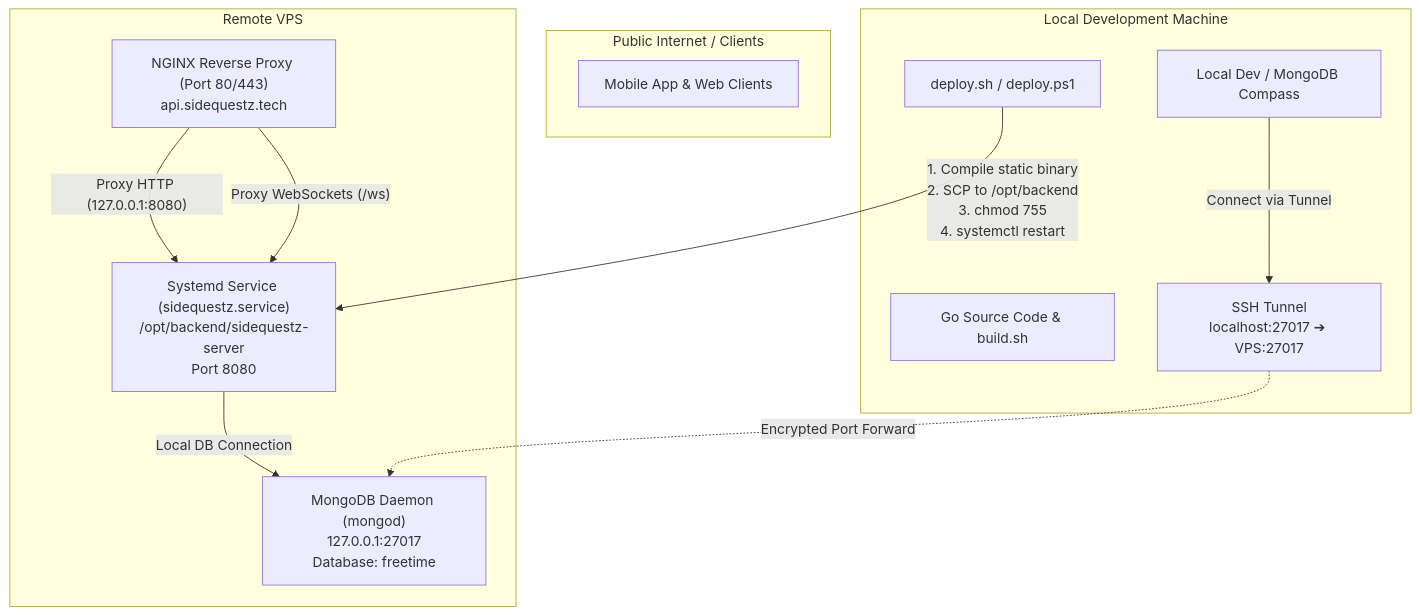
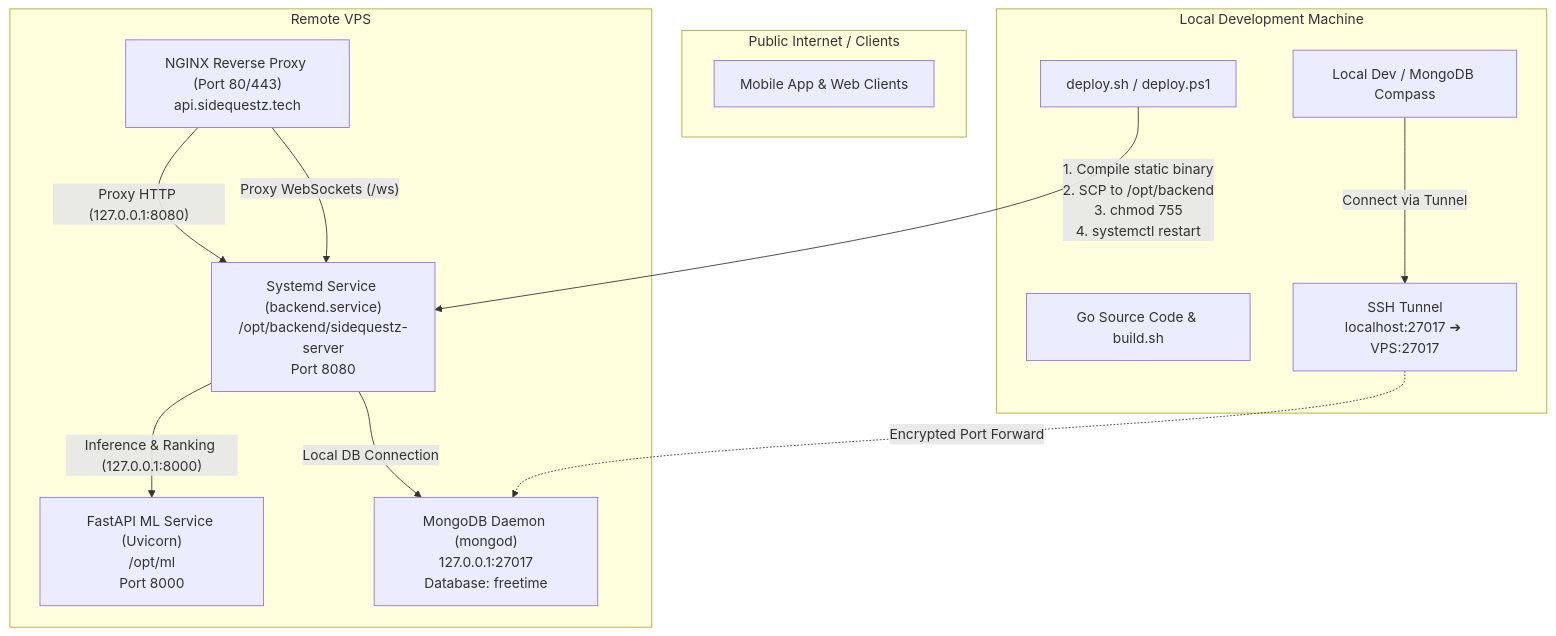
Before and after one commit to karthiksing05/HackGT-13-Proj: the diagram in Backend/INFRASTRUCTURE.md, drawn with Mermaid. The commit also changed other lines of this file and 18 other files, not shown here.

````diff
--- a/Backend/INFRASTRUCTURE.md
+++ b/Backend/INFRASTRUCTURE.md
@@ -9,27 +9,29 @@
 ```mermaid
 flowchart TD
     subgraph Internet ["Public Internet / Clients"]
         ClientApp["Mobile App & Web Clients"]
     end
 
     subgraph VPS ["Remote VPS"]
         Nginx["NGINX Reverse Proxy (Port 80/443)<br/>api.sidequestz.tech"]
-        Service["Systemd Service (sidequestz.service)<br/>/opt/backend/sidequestz-server<br/>Port 8080"]
+        Service["Systemd Service (backend.service)<br/>/opt/backend/sidequestz-server<br/>Port 8080"]
+        MLService["FastAPI ML Service (Uvicorn)<br/>/opt/ml<br/>Port 8000"]
         Mongo["MongoDB Daemon (mongod)<br/>127.0.0.1:27017<br/>Database: freetime"]
         
         Nginx -->|"Proxy HTTP (127.0.0.1:8080)"| Service
         Nginx -->|"Proxy WebSockets (/ws)"| Service
         Service -->|"Local DB Connection"| Mongo
+        Service -->|"Inference & Ranking (127.0.0.1:8000)"| MLService
     end
 
     subgraph LocalDev ["Local Development Machine"]
         LocalSrc["Go Source Code & build.sh"]
         DeployScript["deploy.sh / deploy.ps1"]
         SSHTunnel["SSH Tunnel<br/>localhost:27017 ➔ VPS:27017"]
         Compass["Local Dev / MongoDB Compass"]
         
         DeployScript -->|"1. Compile static binary<br/>2. SCP to /opt/backend<br/>3. chmod 755<br/>4. systemctl restart"| Service
         Compass -->|"Connect via Tunnel"| SSHTunnel
         SSHTunnel -.->|"Encrypted Port Forward"| Mongo
     end
 ```
````
